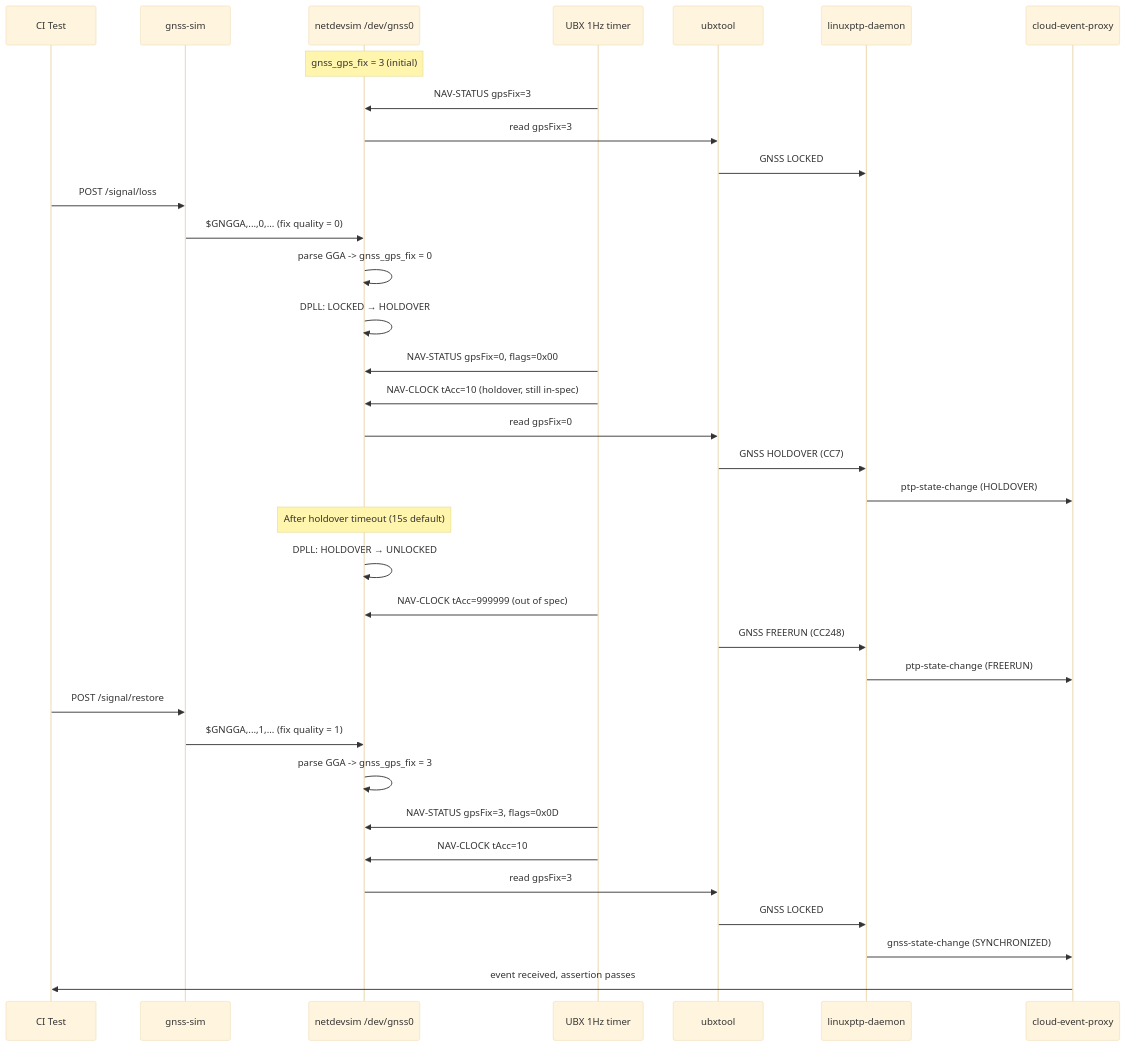
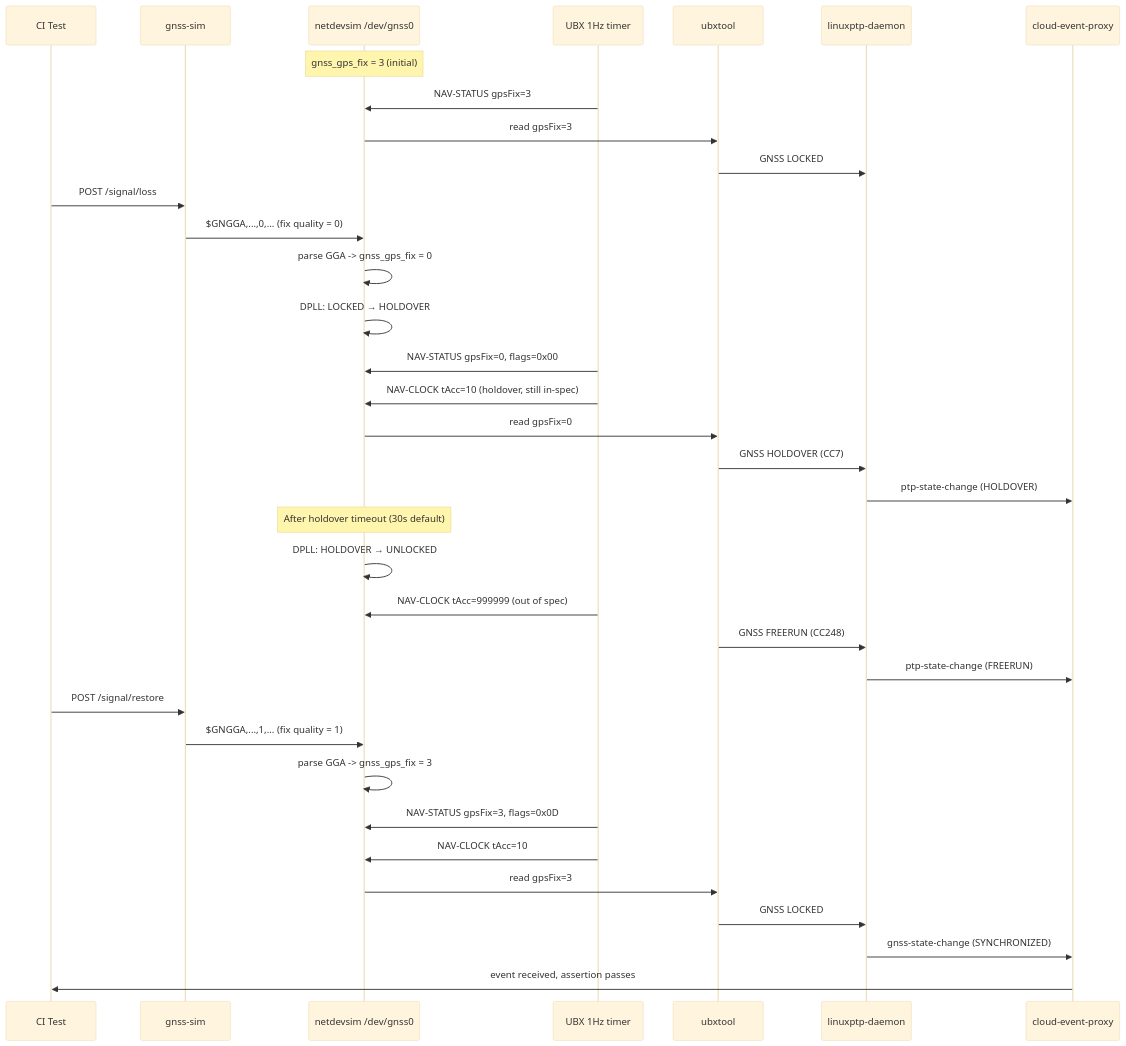
One commit to k8snetworkplumbingwg/ptp-operator changed the seventh of 12 diagrams in docs/netdevsim-ptp-simulation.md. Above: the diagram before and after it, drawn with Mermaid (base theme). The commit also changed other lines of this file and 6 other files, not shown here.

````diff
--- a/docs/netdevsim-ptp-simulation.md
+++ b/docs/netdevsim-ptp-simulation.md
@@ -342,40 +343,40 @@
 ```mermaid
 sequenceDiagram
     participant Test as CI Test
     participant Sim as gnss-sim
     participant Kernel as netdevsim /dev/gnss0
     participant Timer as UBX 1Hz timer
     participant UBX as ubxtool
     participant Daemon as linuxptp-daemon
     participant Events as cloud-event-proxy
 
     Note over Kernel: gnss_gps_fix = 3 (initial)
     Timer->>Kernel: NAV-STATUS gpsFix=3
     Kernel->>UBX: read gpsFix=3
     UBX->>Daemon: GNSS LOCKED
 
     Test->>Sim: POST /signal/loss
     Sim->>Kernel: $GNGGA,...,0,...  (fix quality = 0)
     Kernel->>Kernel: parse GGA -> gnss_gps_fix = 0
     Kernel->>Kernel: DPLL: LOCKED → HOLDOVER
     Timer->>Kernel: NAV-STATUS gpsFix=0, flags=0x00
     Timer->>Kernel: NAV-CLOCK tAcc=10 (holdover, still in-spec)
     Kernel->>UBX: read gpsFix=0
     UBX->>Daemon: GNSS HOLDOVER (CC7)
     Daemon->>Events: ptp-state-change (HOLDOVER)
-    Note over Kernel: After holdover timeout (15s default)
+    Note over Kernel: After holdover timeout (30s default)
     Kernel->>Kernel: DPLL: HOLDOVER → UNLOCKED
     Timer->>Kernel: NAV-CLOCK tAcc=999999 (out of spec)
     UBX->>Daemon: GNSS FREERUN (CC248)
     Daemon->>Events: ptp-state-change (FREERUN)
 
     Test->>Sim: POST /signal/restore
     Sim->>Kernel: $GNGGA,...,1,...  (fix quality = 1)
     Kernel->>Kernel: parse GGA -> gnss_gps_fix = 3
     Timer->>Kernel: NAV-STATUS gpsFix=3, flags=0x0D
     Timer->>Kernel: NAV-CLOCK tAcc=10
     Kernel->>UBX: read gpsFix=3
     UBX->>Daemon: GNSS LOCKED
     Daemon->>Events: gnss-state-change (SYNCHRONIZED)
     Events->>Test: event received, assertion passes
 ```
````
